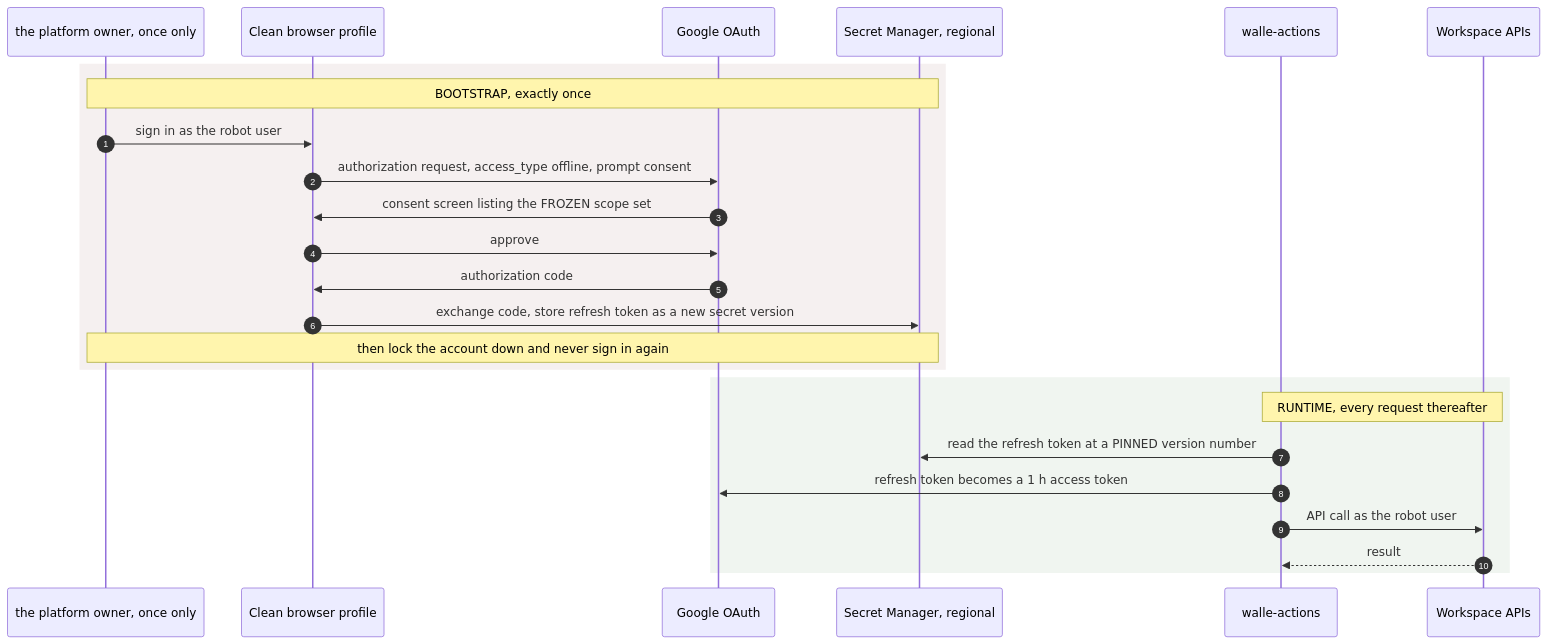
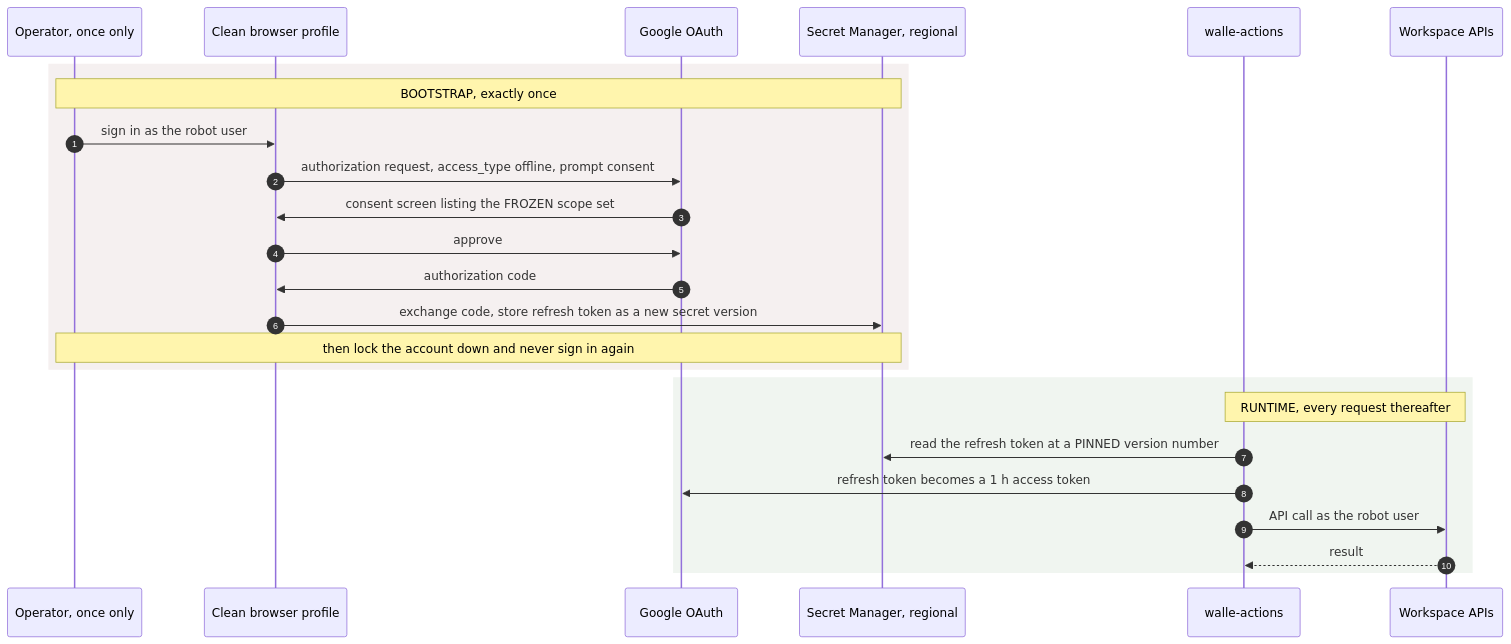
The fourth of 6 diagrams in platform/wall-e/ARCHITECTURE.md (jsbdfgidsfg/agentic-platform), drawn with Mermaid before and after one commit. The commit also changed other lines of this file and 15 other files, not shown here.

````diff
--- a/platform/wall-e/ARCHITECTURE.md
+++ b/platform/wall-e/ARCHITECTURE.md
@@ -294,29 +294,29 @@
 ```mermaid
 sequenceDiagram
     autonumber
-    participant G as the platform owner, once only
+    participant G as Operator, once only
     participant B as Clean browser profile
     participant O as Google OAuth
     participant S as Secret Manager, regional
     participant CR as walle-actions
     participant W as Workspace APIs
 
     rect rgb(245,240,240)
     Note over G,S: BOOTSTRAP, exactly once
     G->>B: sign in as the robot user
     B->>O: authorization request, access_type offline, prompt consent
     O->>B: consent screen listing the FROZEN scope set
     B->>O: approve
     O->>B: authorization code
     B->>S: exchange code, store refresh token as a new secret version
     Note over G,S: then lock the account down and never sign in again
     end
 
     rect rgb(240,245,240)
     Note over CR,W: RUNTIME, every request thereafter
     CR->>S: read the refresh token at a PINNED version number
     CR->>O: refresh token becomes a 1 h access token
     CR->>W: API call as the robot user
     W-->>CR: result
     end
 ```
````
